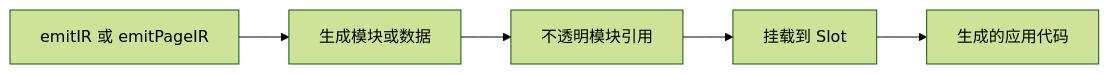
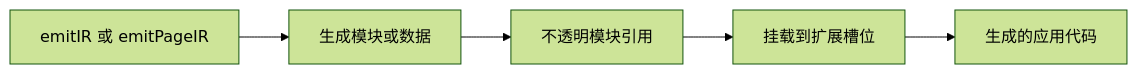
The diagram in docs/i18n/zh-Hans/docusaurus-plugin-content-docs/current/generated-contributions.md (afx-team/evjs), drawn with Mermaid (forest theme) before and after one commit. The commit also changed other lines of this file and 49 other files, not shown here.

````diff
--- a/docs/i18n/zh-Hans/docusaurus-plugin-content-docs/current/generated-contributions.md
+++ b/docs/i18n/zh-Hans/docusaurus-plugin-content-docs/current/generated-contributions.md
@@ -14,7 +14,7 @@
 ```mermaid
 flowchart LR
   Plugin["emitIR 或 emitPageIR"] --> Emit["生成模块或数据"]
   Emit --> Ref["不透明模块引用"]
-  Ref --> Slot["挂载到 Slot"]
+  Ref --> Slot["挂载到扩展槽位"]
   Slot --> App["生成的应用代码"]
 ```
````
